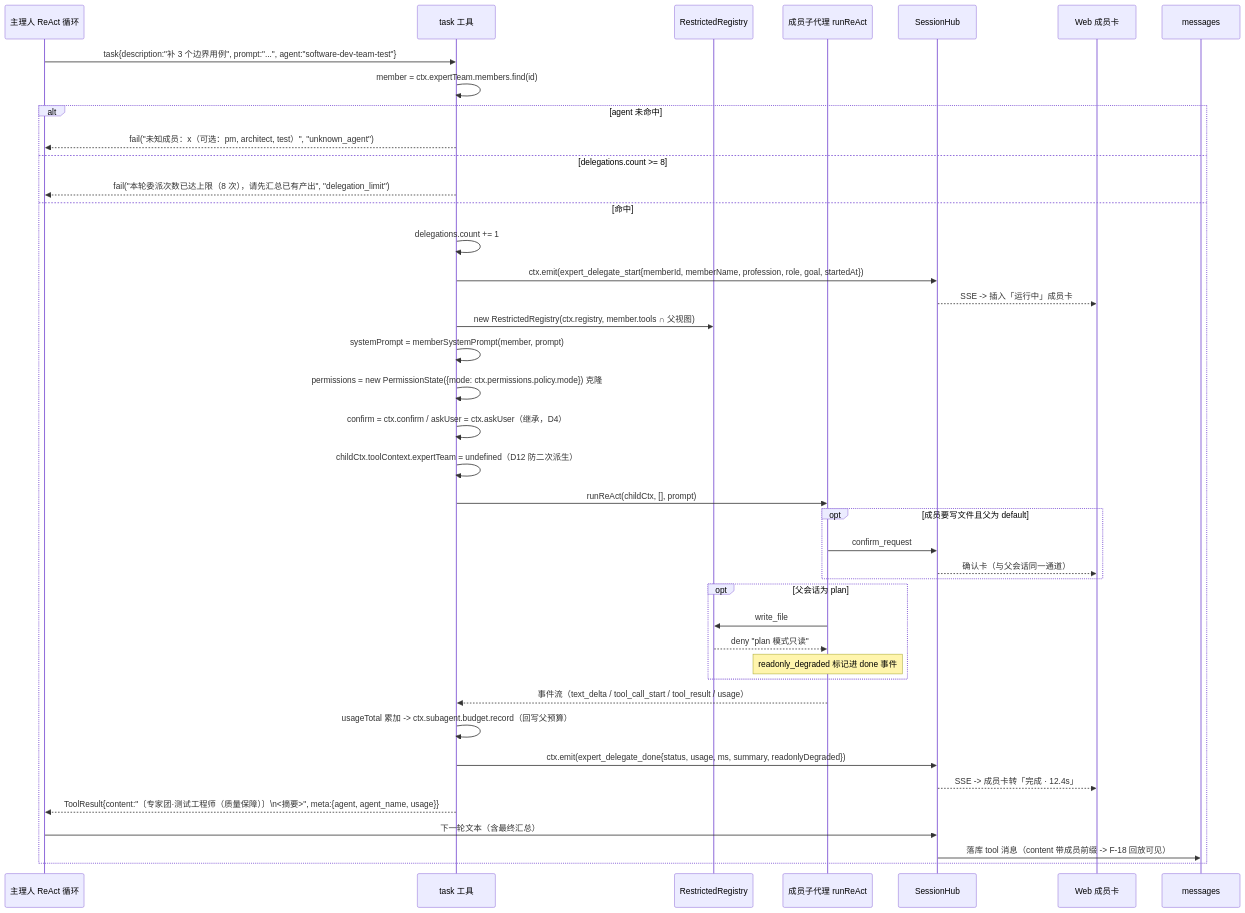
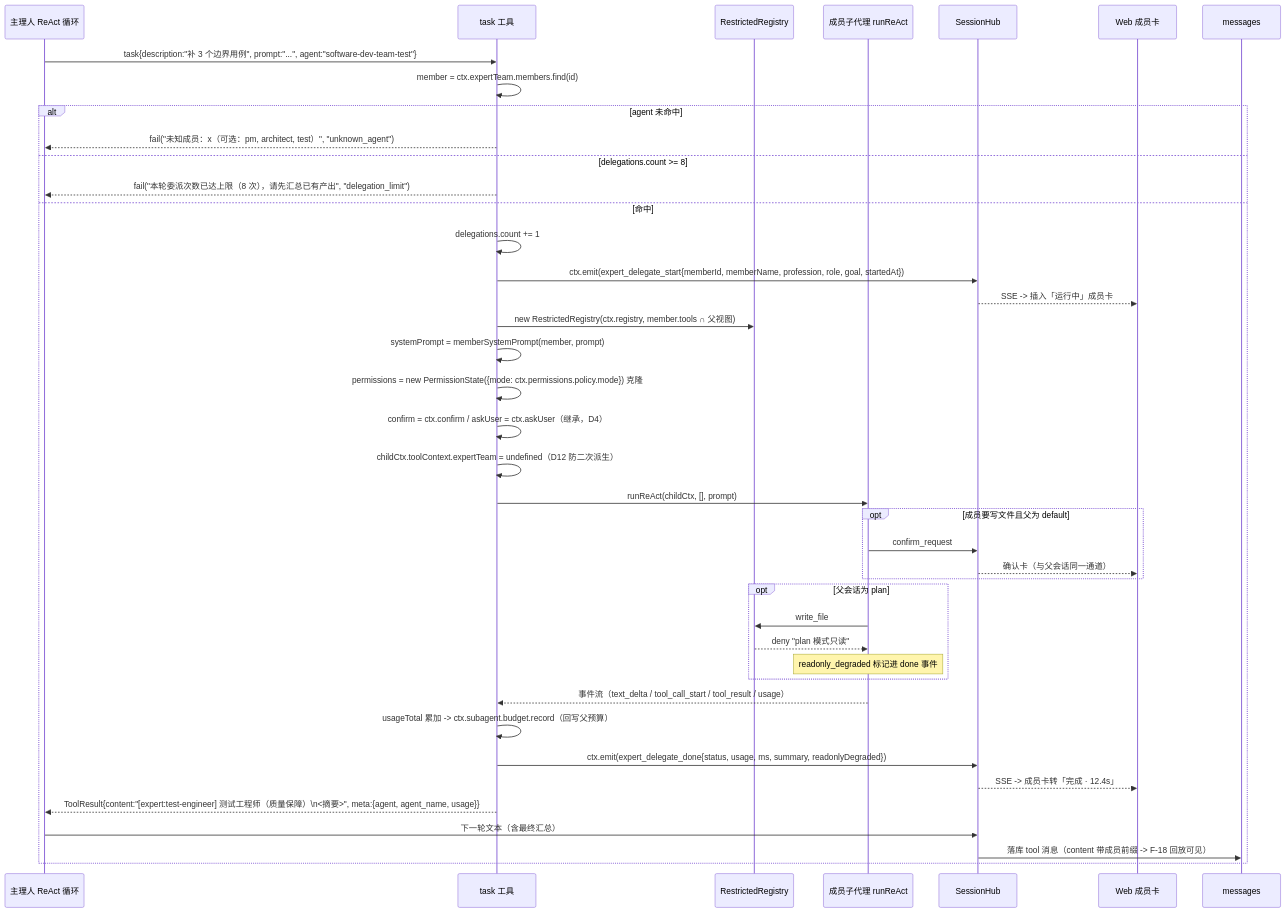
One commit to lwly/delta-agent changed the fifth of 6 diagrams in docs/design-f39-experts.md. Above: the diagram before and after it, drawn with Mermaid. The commit also changed other lines of this file and 1 other file, not shown here.

````diff
--- a/docs/design-f39-experts.md
+++ b/docs/design-f39-experts.md
@@ -746,44 +746,44 @@
 ```mermaid
 sequenceDiagram
     participant L as 主理人 ReAct 循环
     participant T as task 工具
     participant R as RestrictedRegistry
     participant M as 成员子代理 runReAct
     participant H as SessionHub
     participant W as Web 成员卡
     participant DB as messages
 
     L->>T: task{description:"补 3 个边界用例", prompt:"...", agent:"software-dev-team-test"}
     T->>T: member = ctx.expertTeam.members.find(id)
     alt agent 未命中
         T-->>L: fail("未知成员：x（可选：pm, architect, test）", "unknown_agent")
     else delegations.count >= 8
         T-->>L: fail("本轮委派次数已达上限（8 次），请先汇总已有产出", "delegation_limit")
     else 命中
         T->>T: delegations.count += 1
         T->>H: ctx.emit(expert_delegate_start{memberId, memberName, profession, role, goal, startedAt})
         H-->>W: SSE -> 插入「运行中」成员卡
         T->>R: new RestrictedRegistry(ctx.registry, member.tools ∩ 父视图)
         T->>T: systemPrompt = memberSystemPrompt(member, prompt)
         T->>T: permissions = new PermissionState({mode: ctx.permissions.policy.mode}) 克隆
         T->>T: confirm = ctx.confirm / askUser = ctx.askUser（继承，D4）
         T->>T: childCtx.toolContext.expertTeam = undefined（D12 防二次派生）
         T->>M: runReAct(childCtx, [], prompt)
         opt 成员要写文件且父为 default
             M->>H: confirm_request
             H-->>W: 确认卡（与父会话同一通道）
         end
         opt 父会话为 plan
             M->>R: write_file
             R-->>M: deny "plan 模式只读"
             Note over M: readonly_degraded 标记进 done 事件
         end
         M-->>T: 事件流（text_delta / tool_call_start / tool_result / usage）
         T->>T: usageTotal 累加 -> ctx.subagent.budget.record（回写父预算）
         T->>H: ctx.emit(expert_delegate_done{status, usage, ms, summary, readonlyDegraded})
         H-->>W: SSE -> 成员卡转「完成 · 12.4s」
-        T-->>L: ToolResult{content:"〔专家团·测试工程师（质量保障）〕\n<摘要>", meta:{agent, agent_name, usage}}
+        T-->>L: ToolResult{content:"[expert:test-engineer] 测试工程师（质量保障）\n<摘要>", meta:{agent, agent_name, usage}}
         L->>H: 下一轮文本（含最终汇总）
         H->>DB: 落库 tool 消息（content 带成员前缀 -> F-18 回放可见）
     end
 ```
````
